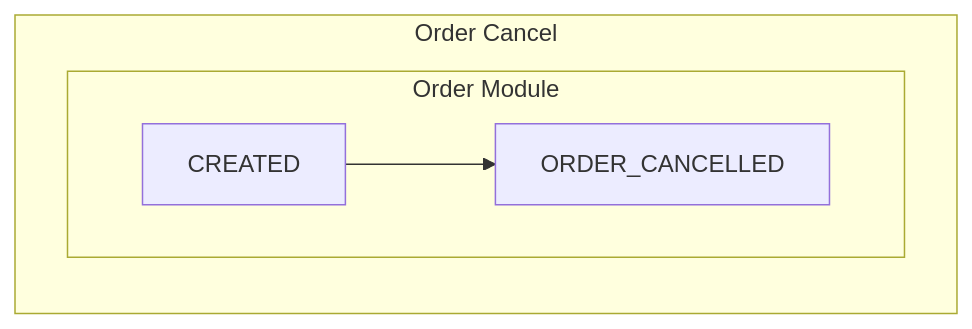
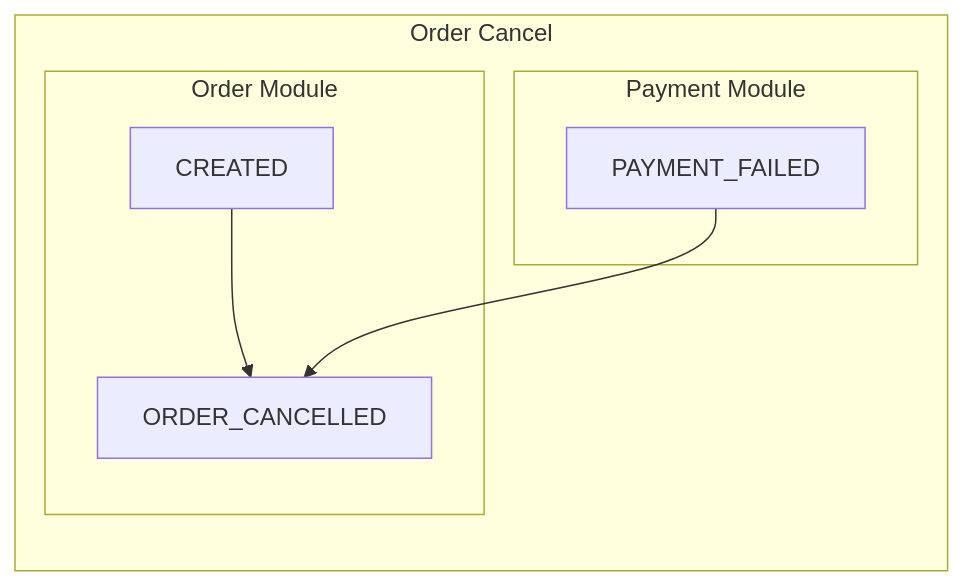
Before and after one commit to codecraft87/order-payment-system: the fourth of 6 diagrams in README.md, drawn with Mermaid. The commit also changed other lines of this file and 2 other files, not shown here.

````diff
--- a/README.md
+++ b/README.md
@@ -188,9 +185,12 @@
 ```mermaid
 flowchart LR
     subgraph "Order Cancel"
         subgraph "Order Module"
             O_CREATED[CREATED] --> O_CANCELLED[ORDER_CANCELLED]
         end
+        subgraph "Payment Module"
+            P_FAILED[PAYMENT_FAILED] --> O_CANCELLED[ORDER_CANCELLED]
+        end
     end
 
 ```
````
